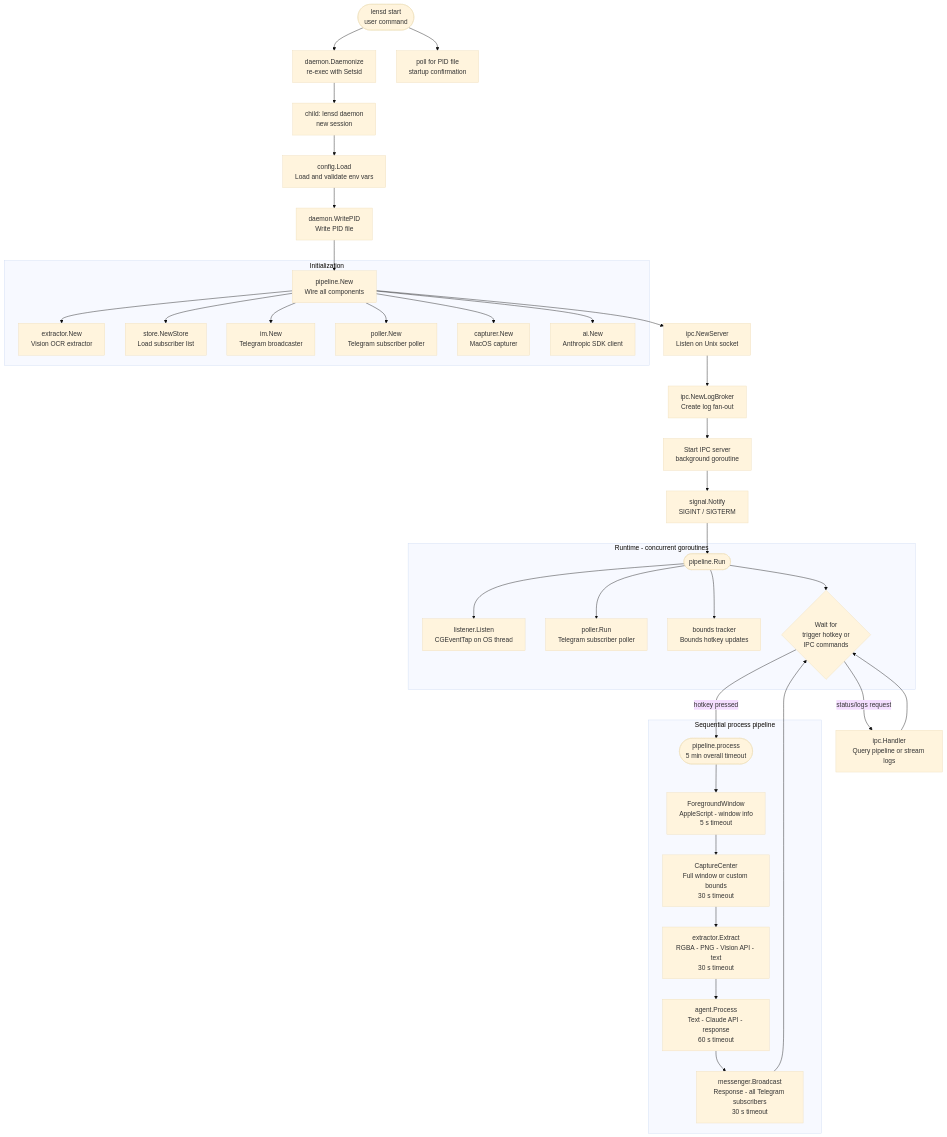
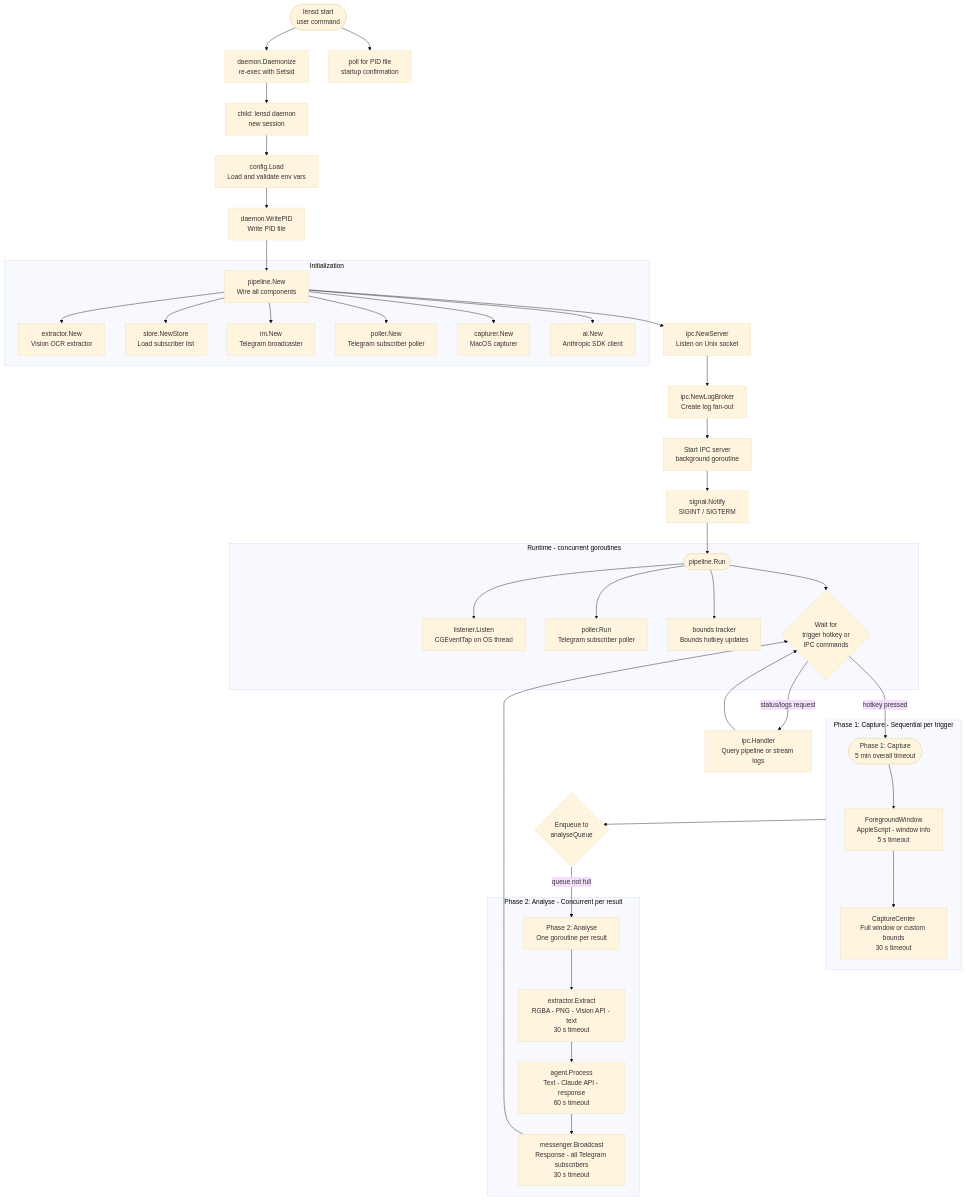
One commit to vdyalex/lens-daemon changed the first of 3 diagrams in docs/ARCHITECTURE.md. Above: the diagram before and after it, drawn with Mermaid (base theme). The commit also changed other lines of this file and 7 other files, not shown here.

First line of the commit message:
refactor: convert test files to external _test packages, fix binary contamination, implement pipeline phase separation (#11)

````diff
--- a/docs/ARCHITECTURE.md
+++ b/docs/ARCHITECTURE.md
@@ -60,46 +65,52 @@
 ```mermaid
 flowchart TD
     A([lensd start<br/>user command]) --> B[daemon.Daemonize<br/>re-exec with Setsid]
     B --> C[child: lensd daemon<br/>new session]
     A --> D[poll for PID file<br/>startup confirmation]
 
     C --> E[config.Load<br/>Load and validate env vars]
     E --> F[daemon.WritePID<br/>Write PID file]
     F --> G[pipeline.New<br/>Wire all components]
     G --> H[ipc.NewServer<br/>Listen on Unix socket]
 
     subgraph Init[Initialization]
         G --> I[extractor.New<br/>Vision OCR extractor]
         G --> J[store.NewStore<br/>Load subscriber list]
         G --> K[im.New<br/>Telegram broadcaster]
         G --> L[poller.New<br/>Telegram subscriber poller]
         G --> M[capturer.New<br/>MacOS capturer]
         G --> N[ai.New<br/>Anthropic SDK client]
     end
 
     H --> O[ipc.NewLogBroker<br/>Create log fan-out]
     O --> P[Start IPC server<br/>background goroutine]
     P --> Q[signal.Notify<br/>SIGINT / SIGTERM]
     Q --> R([pipeline.Run])
 
     subgraph Runtime[Runtime - concurrent goroutines]
         R --> S[listener.Listen<br/>CGEventTap on OS thread]
         R --> T[poller.Run<br/>Telegram subscriber poller]
         R --> U[bounds tracker<br/>Bounds hotkey updates]
         R --> V{Wait for<br/>trigger hotkey or<br/>IPC commands}
     end
 
     V -->|status/logs request| W[ipc.Handler<br/>Query pipeline or stream logs]
-    V -->|hotkey pressed| X([pipeline.process<br/>5 min overall timeout])
+    V -->|hotkey pressed| X([Phase 1: Capture<br/>5 min overall timeout])
 
-    subgraph Process[Sequential process pipeline]
+    subgraph Phase1[Phase 1: Capture - Sequential per trigger]
         X --> Y[ForegroundWindow<br/>AppleScript - window info<br/>5 s timeout]
         Y --> Z[CaptureCenter<br/>Full window or custom bounds<br/>30 s timeout]
-        Z --> AA[extractor.Extract<br/>RGBA - PNG - Vision API - text<br/>30 s timeout]
+    end
+
+    Phase1 --> X2{Enqueue to<br/>analyseQueue}
+    X2 -->|queue not full| X3[Phase 2: Analyse<br/>One goroutine per result]
+
+    subgraph Phase2[Phase 2: Analyse - Concurrent per result]
+        X3 --> AA[extractor.Extract<br/>RGBA - PNG - Vision API - text<br/>30 s timeout]
         AA --> AB[agent.Process<br/>Text - Claude API - response<br/>60 s timeout]
         AB --> AC[messenger.Broadcast<br/>Response - all Telegram subscribers<br/>30 s timeout]
     end
 
     AC --> V
     W --> V
 ```
````
